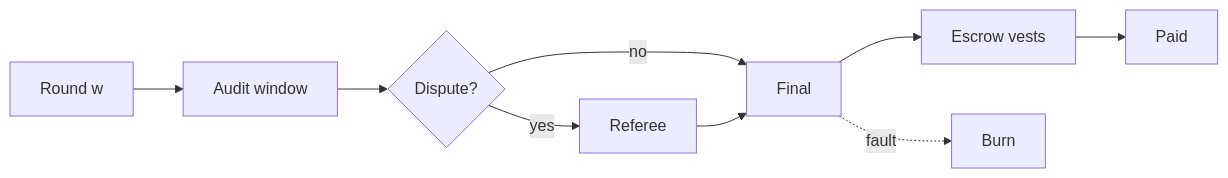
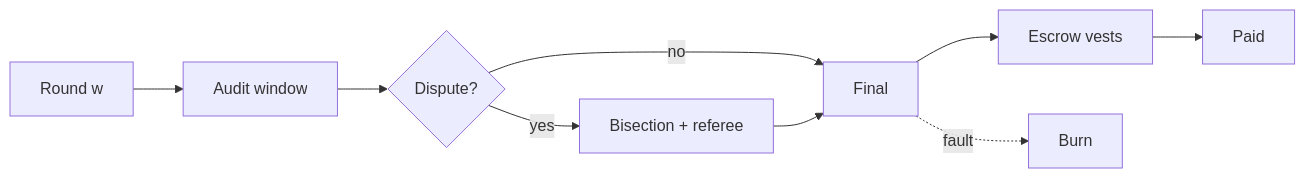
One commit to CortexLM/hypertrain changed the third of 3 diagrams in README.md. Above: the diagram before and after it, drawn with Mermaid. The commit also changed other lines of this file and 150 other files, not shown here.

````diff
--- a/README.md
+++ b/README.md
@@ -81,8 +80,8 @@
 ```mermaid
 flowchart LR
     R["Round w"] --> A["Audit window"] --> D{"Dispute?"}
     D -->|no| F["Final"]
-    D -->|yes| B["Referee"] --> F
+    D -->|yes| B["Bisection + referee"] --> F
     F --> V["Escrow vests"] --> P["Paid"]
     F -.->|fault| X["Burn"]
 ```
````
